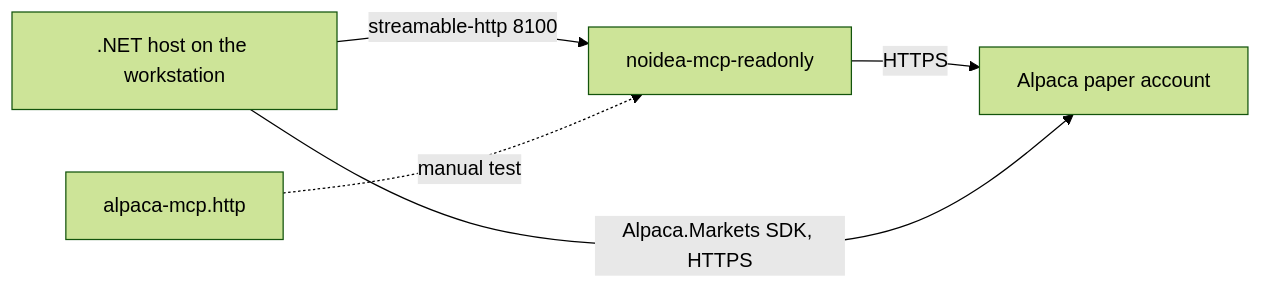
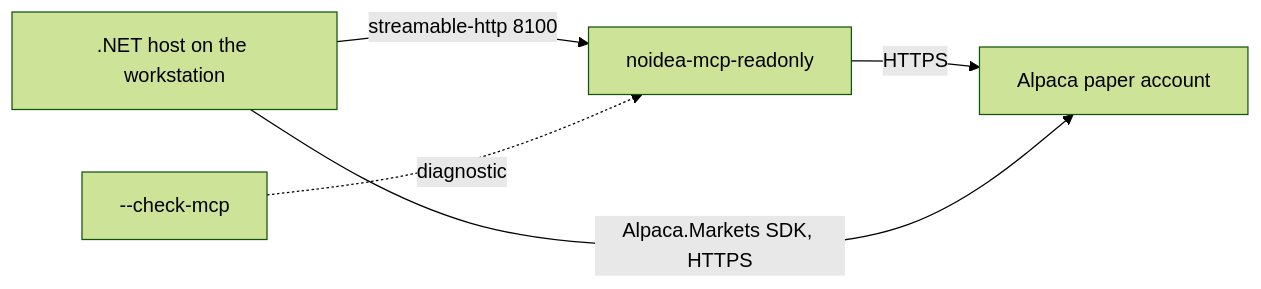
The diagram in .lode/operations/local-development.md (xakpc/Alpaca.NoIdea), drawn with Mermaid (forest theme) before and after one commit. The commit also changed other lines of this file and 92 other files, not shown here.

````diff
--- a/.lode/operations/local-development.md
+++ b/.lode/operations/local-development.md
@@ -18,7 +18,7 @@
 ```mermaid
 flowchart LR
     VS[".NET host on the workstation"] -->|streamable-http 8100| RO["noidea-mcp-readonly"]
-    HTTP["alpaca-mcp.http"] -.manual test.-> RO
+    CHECK["--check-mcp"] -.diagnostic.-> RO
     RO -->|HTTPS| A["Alpaca paper account"]
     VS -->|"Alpaca.Markets SDK, HTTPS"| A
 ```
````
